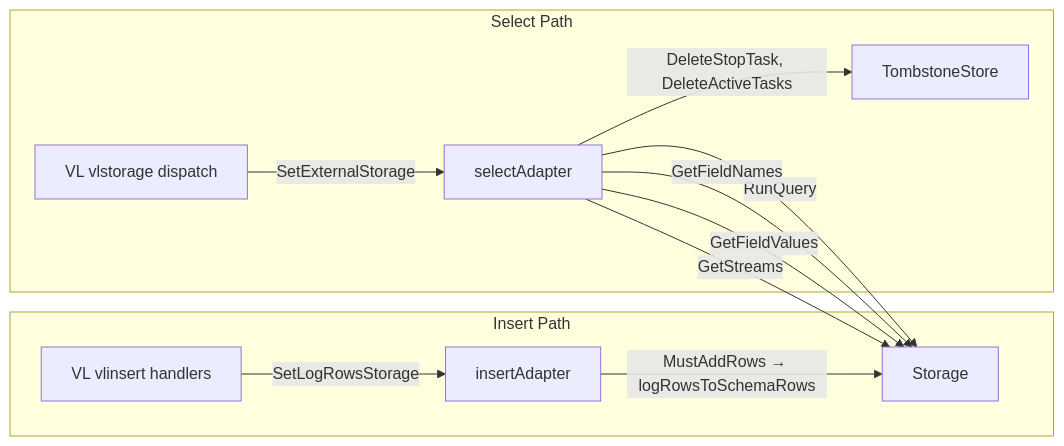
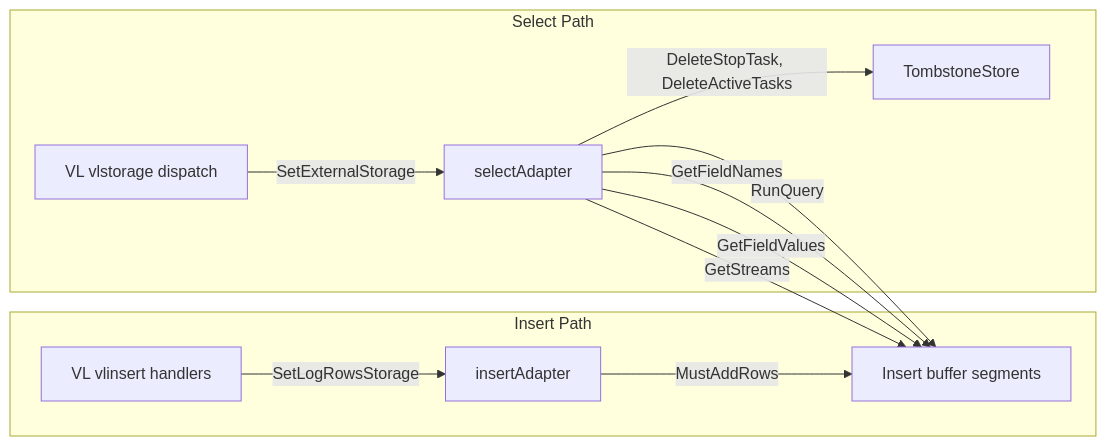
One commit to ReliablyObserve/victoria-lakehouse changed the eighth of 17 diagrams in docs/storage-flow.md. Above: the diagram before and after it, drawn with Mermaid. The commit also changed other lines of this file and 297 other files, not shown here.

First line of the commit message:
feat(insert): durable by default — the insert buffer is upstream storage cut by ingest time (both binaries) (#345)

````diff
--- a/docs/storage-flow.md
+++ b/docs/storage-flow.md
@@ -269,15 +251,15 @@
 ```mermaid
 graph LR
     subgraph "Insert Path"
         VLI["VL vlinsert handlers"] -->|"SetLogRowsStorage"| IA["insertAdapter"]
-        IA -->|"MustAddRows → logRowsToSchemaRows"| STOR[Storage]
+        IA -->|"MustAddRows"| STOR[Insert buffer segments]
     end
     subgraph "Select Path"
         VLS[VL vlstorage dispatch] -->|SetExternalStorage| SA[selectAdapter]
         SA -->|RunQuery| STOR
         SA -->|GetFieldNames| STOR
         SA -->|GetFieldValues| STOR
         SA -->|GetStreams| STOR
         SA -->|"DeleteStopTask, DeleteActiveTasks"| TS[TombstoneStore]
     end
 ```
````
